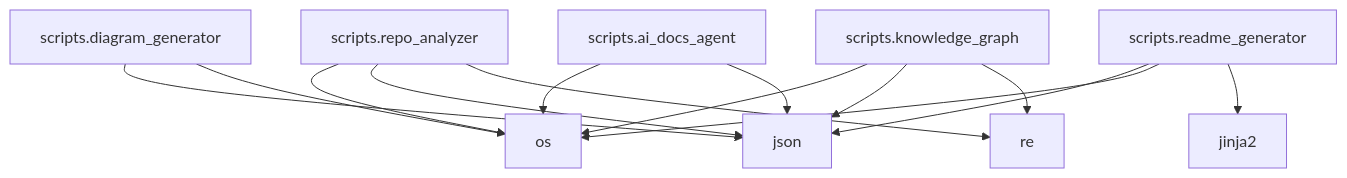
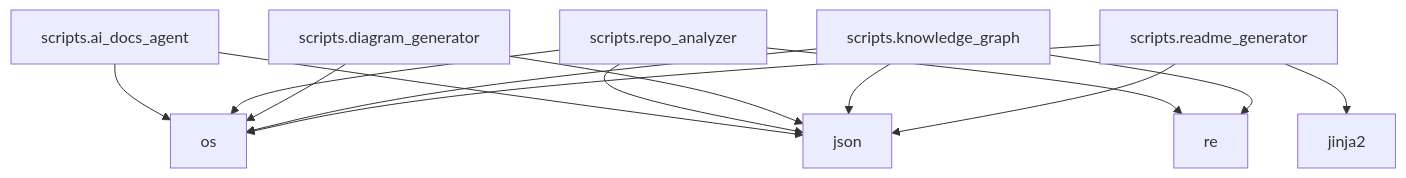
The diagram in README.md (NITISH-R-G/FACE-EMOTION-DETECTION), drawn with Mermaid before and after one commit. The commit also changed other lines of this file and 3 other files, not shown here.

Commit message:
docs: auto-update repository documentation and diagrams [skip ci]

````diff
--- a/README.md
+++ b/README.md
@@ -45,30 +45,30 @@
 ```mermaid
 graph TD;
+    scripts_ai_docs_agent["scripts.ai_docs_agent"];
+    click scripts_ai_docs_agent "scripts/ai_docs_agent.py" "View source";
+    os["os"];
+    json["json"];
     scripts_repo_analyzer["scripts.repo_analyzer"];
     click scripts_repo_analyzer "scripts/repo_analyzer.py" "View source";
-    os["os"];
-    json["json"];
     re["re"];
     scripts_diagram_generator["scripts.diagram_generator"];
     click scripts_diagram_generator "scripts/diagram_generator.py" "View source";
     scripts_knowledge_graph["scripts.knowledge_graph"];
     click scripts_knowledge_graph "scripts/knowledge_graph.py" "View source";
     scripts_readme_generator["scripts.readme_generator"];
     click scripts_readme_generator "scripts/readme_generator.py" "View source";
     jinja2["jinja2"];
-    scripts_ai_docs_agent["scripts.ai_docs_agent"];
-    click scripts_ai_docs_agent "scripts/ai_docs_agent.py" "View source";
+    scripts_ai_docs_agent --> os;
+    scripts_ai_docs_agent --> json;
     scripts_repo_analyzer --> os;
     scripts_repo_analyzer --> json;
     scripts_repo_analyzer --> re;
     scripts_diagram_generator --> json;
     scripts_diagram_generator --> os;
     scripts_knowledge_graph --> os;
     scripts_knowledge_graph --> json;
     scripts_knowledge_graph --> re;
     scripts_readme_generator --> json;
     scripts_readme_generator --> os;
     scripts_readme_generator --> jinja2;
-    scripts_ai_docs_agent --> os;
-    scripts_ai_docs_agent --> json;
 ```
````
